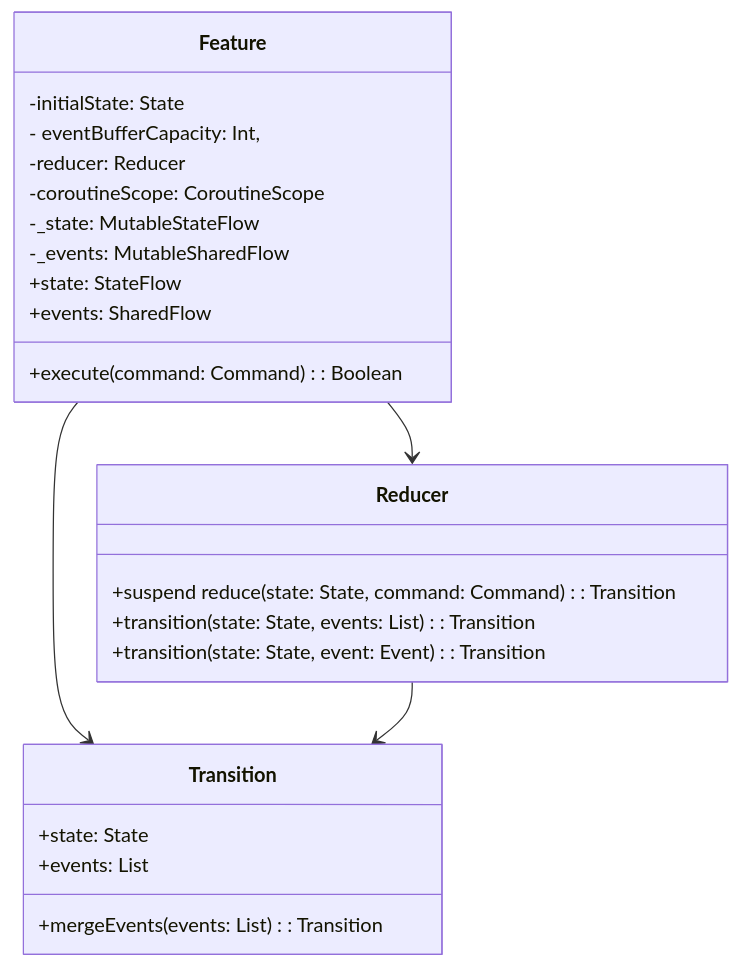
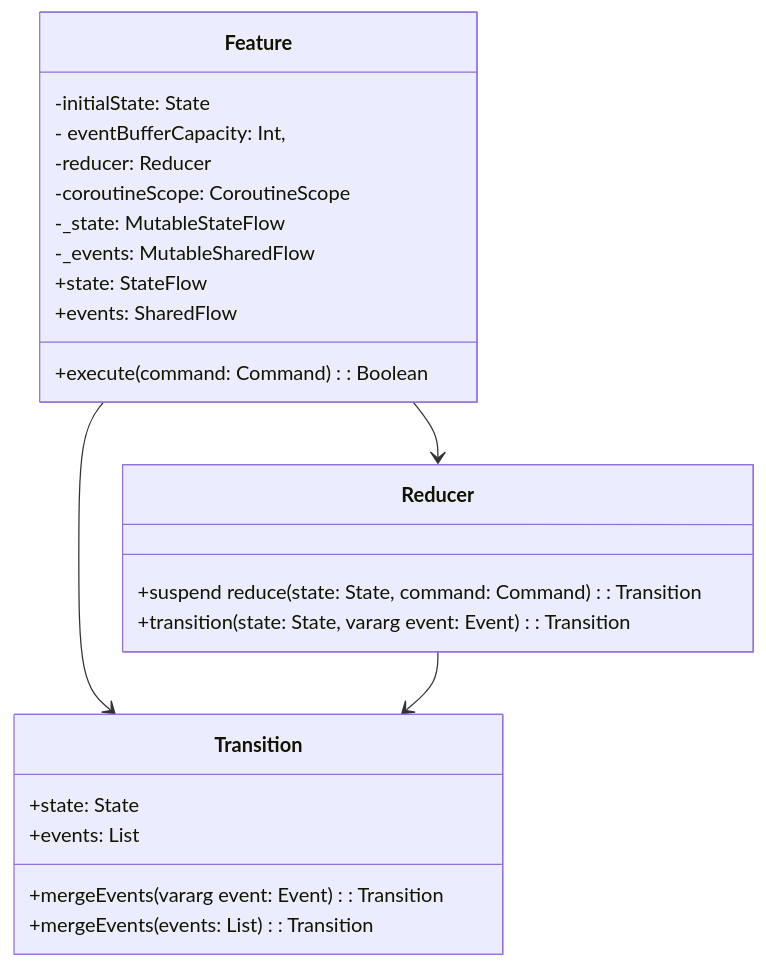
One commit to numq/reduce-and-conquer changed the first of 3 diagrams in README.md. Above: the diagram before and after it, drawn with Mermaid. The commit also changed other lines of this file, not shown here.

````diff
--- a/README.md
+++ b/README.md
@@ -53,28 +53,28 @@
 ```mermaid
 classDiagram
     class Feature {
         -initialState: State
         - eventBufferCapacity: Int,
         -reducer: Reducer<Command, State, Event>
         -coroutineScope: CoroutineScope
         -_state: MutableStateFlow<State>
         -_events: MutableSharedFlow<Event>
         +state: StateFlow<State>
         +events: SharedFlow<Event>
         +execute(command: Command): Boolean
     }
     class Reducer {
         +suspend reduce(state: State, command: Command): Transition<State, Event>
-        +transition(state: State, events: List<Event>): Transition<State, Event>
-        +transition(state: State, event: Event): Transition<State, Event>
+        +transition(state: State, vararg event: Event): Transition<State, Event>
     }
     class Transition {
         +state: State
         +events: List<Event>
+        +mergeEvents(vararg event: Event): Transition<State, Event>
         +mergeEvents(events: List<Event>): Transition<State, Event>
     }
 
     Feature --> Reducer
     Feature --> Transition
     Reducer --> Transition
 ```
````
